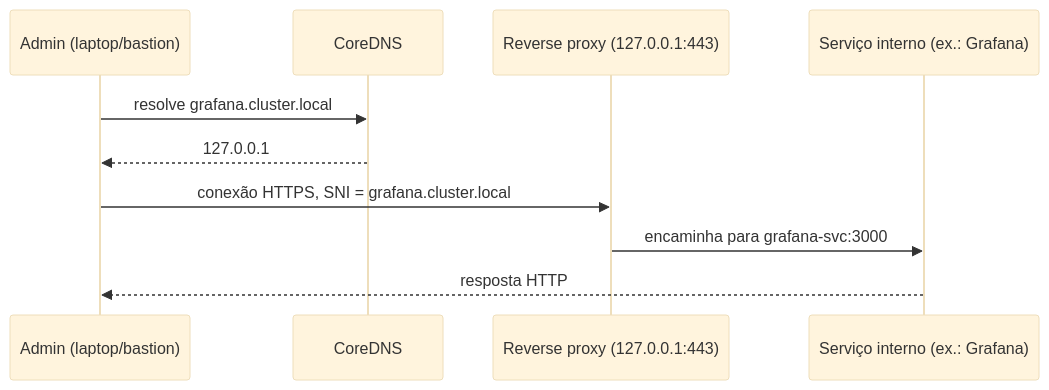
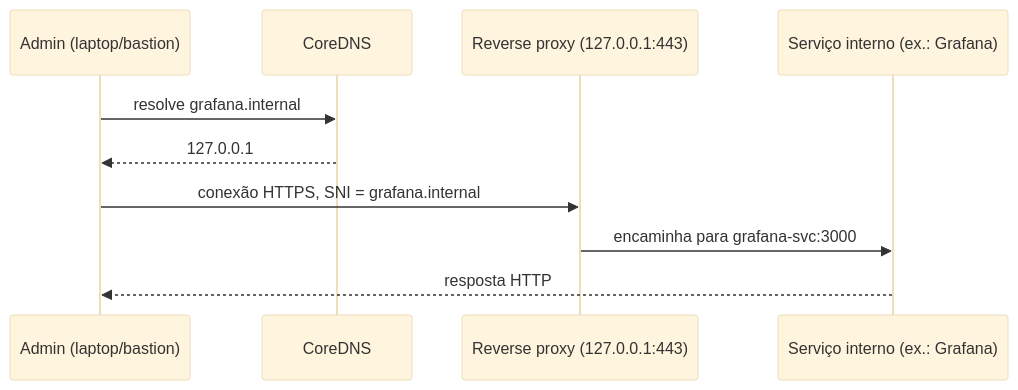
Before and after one commit to guesant/cluster-management-notes: the second of 3 diagrams in src/content/docs/guides/blueprints/dns-and-reverse-proxy/index.mdx, drawn with Mermaid (base theme). The commit also changed other lines of this file and 8 other files, not shown here.

````diff
--- a/src/content/docs/guides/blueprints/dns-and-reverse-proxy/index.mdx
+++ b/src/content/docs/guides/blueprints/dns-and-reverse-proxy/index.mdx
@@ -72,13 +72,13 @@
 ```mermaid
 sequenceDiagram
     participant Admin as Admin (laptop/bastion)
     participant DNS as CoreDNS
     participant Proxy as Reverse proxy (127.0.0.1:443)
     participant Svc as Serviço interno (ex.: Grafana)
 
-    Admin->>DNS: resolve grafana.cluster.local
+    Admin->>DNS: resolve grafana.internal
     DNS-->>Admin: 127.0.0.1
-    Admin->>Proxy: conexão HTTPS, SNI = grafana.cluster.local
+    Admin->>Proxy: conexão HTTPS, SNI = grafana.internal
     Proxy->>Svc: encaminha para grafana-svc:3000
     Svc-->>Admin: resposta HTTP
 ```
````
